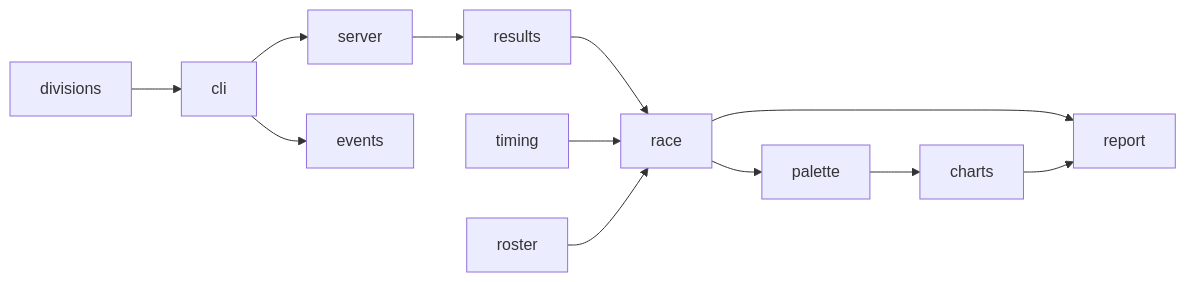
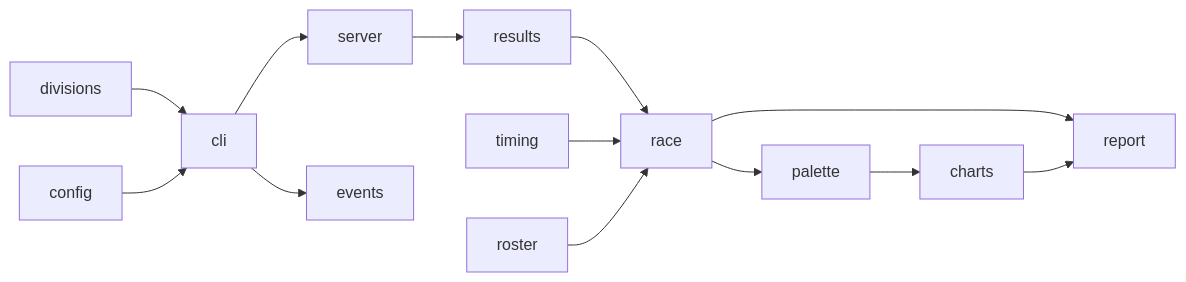
One commit to fclesio/acc-race-stats changed the diagram in docs/architecture.md. Above: the diagram before and after it, drawn with Mermaid. The commit also changed other lines of this file and 7 other files, not shown here.

````diff
--- a/docs/architecture.md
+++ b/docs/architecture.md
@@ -3,12 +3,13 @@
 ```mermaid
 flowchart LR
   cli --> server --> results
   cli --> events
   results --> race
   timing --> race
   roster --> race
   divisions --> cli
+  config --> cli
   race --> palette --> charts
   race --> report
   charts --> report
 ```
````
